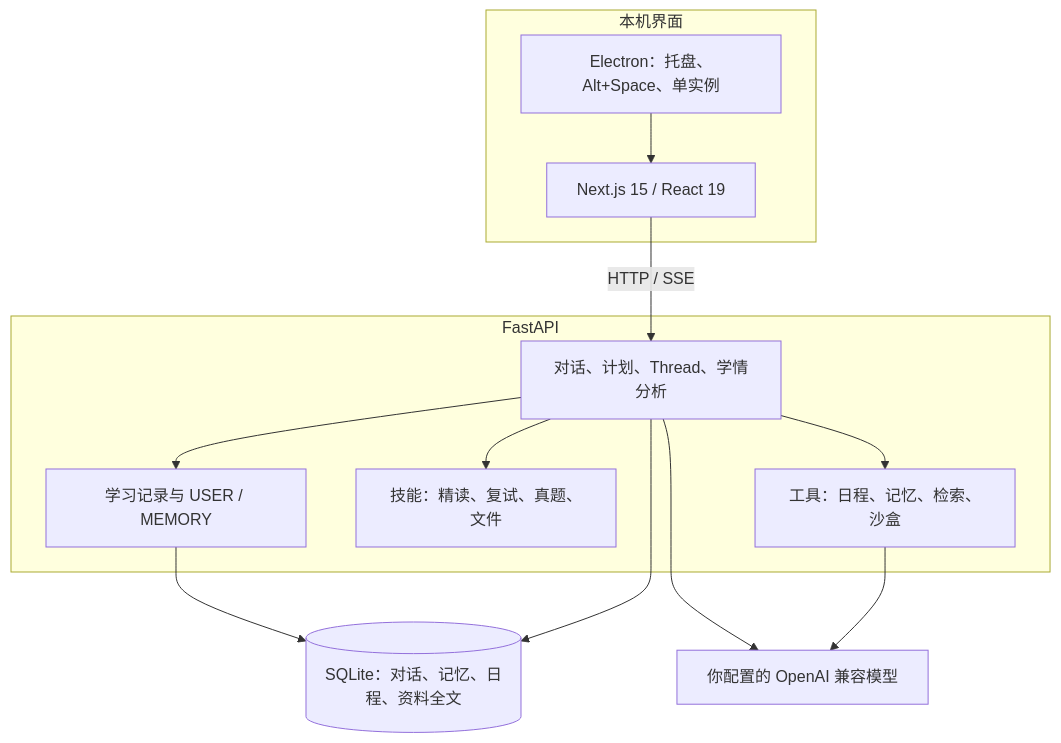
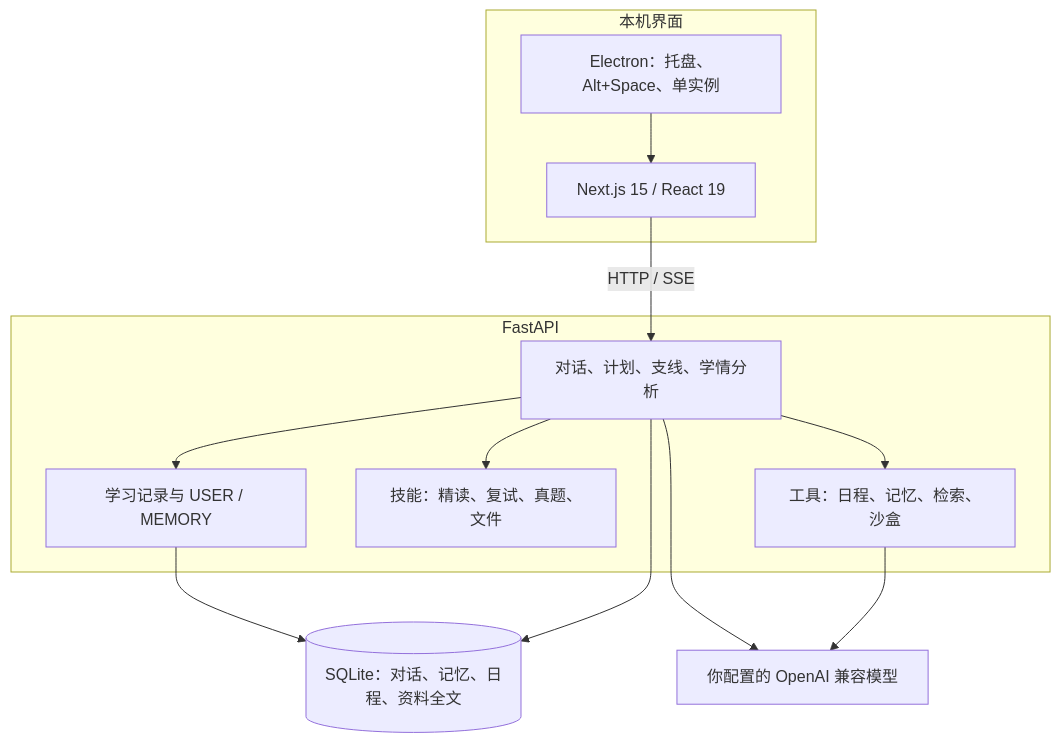
One commit to YinLingxiao/KnowGap changed the second of 2 diagrams in README.md. Above: the diagram before and after it, drawn with Mermaid. The commit also changed other lines of this file and 190 other files, not shown here.

````diff
--- a/README.md
+++ b/README.md
@@ -216,24 +230,24 @@
 ```mermaid
 flowchart TB
   subgraph client [本机界面]
     electron[Electron：托盘、Alt+Space、单实例]
     next[Next.js 15 / React 19]
   end
   subgraph api [FastAPI]
-    orch[对话、计划、Thread、学情分析]
+    orch[对话、计划、支线、学情分析]
     mem[学习记录与 USER / MEMORY]
     skills[技能：精读、复试、真题、文件]
     tools[工具：日程、记忆、检索、沙盒]
   end
   sqlite[(SQLite：对话、记忆、日程、资料全文)]
   model[你配置的 OpenAI 兼容模型]
   electron --> next
   next -->|HTTP / SSE| orch
   orch --> mem
   orch --> skills
   orch --> tools
   mem --> sqlite
   orch --> sqlite
   orch --> model
   tools --> model
 ```
````
